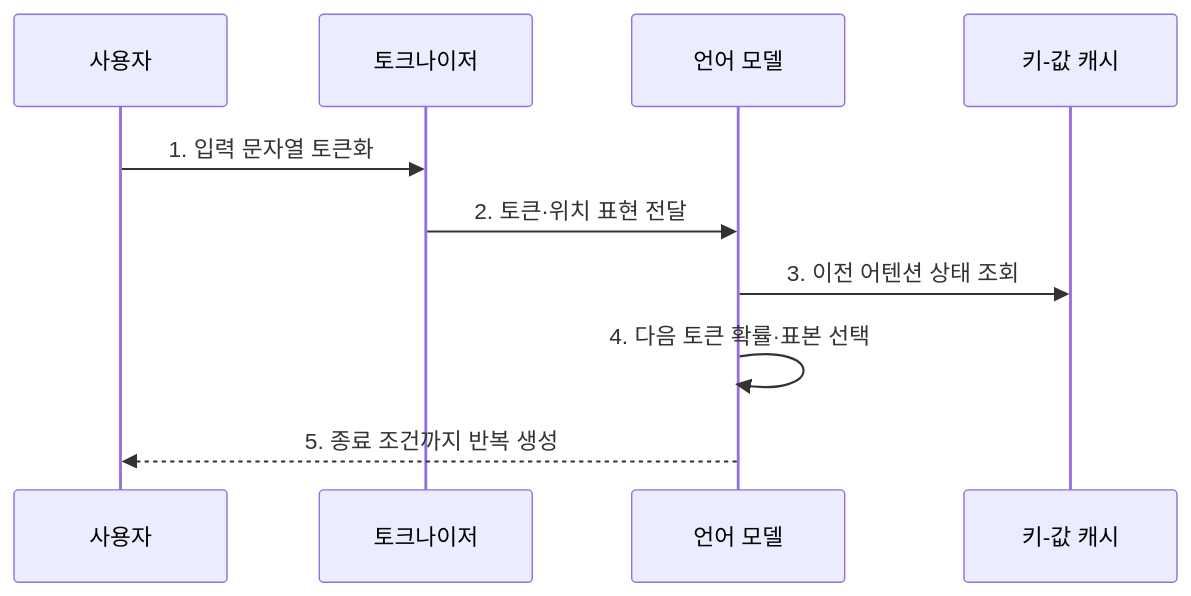
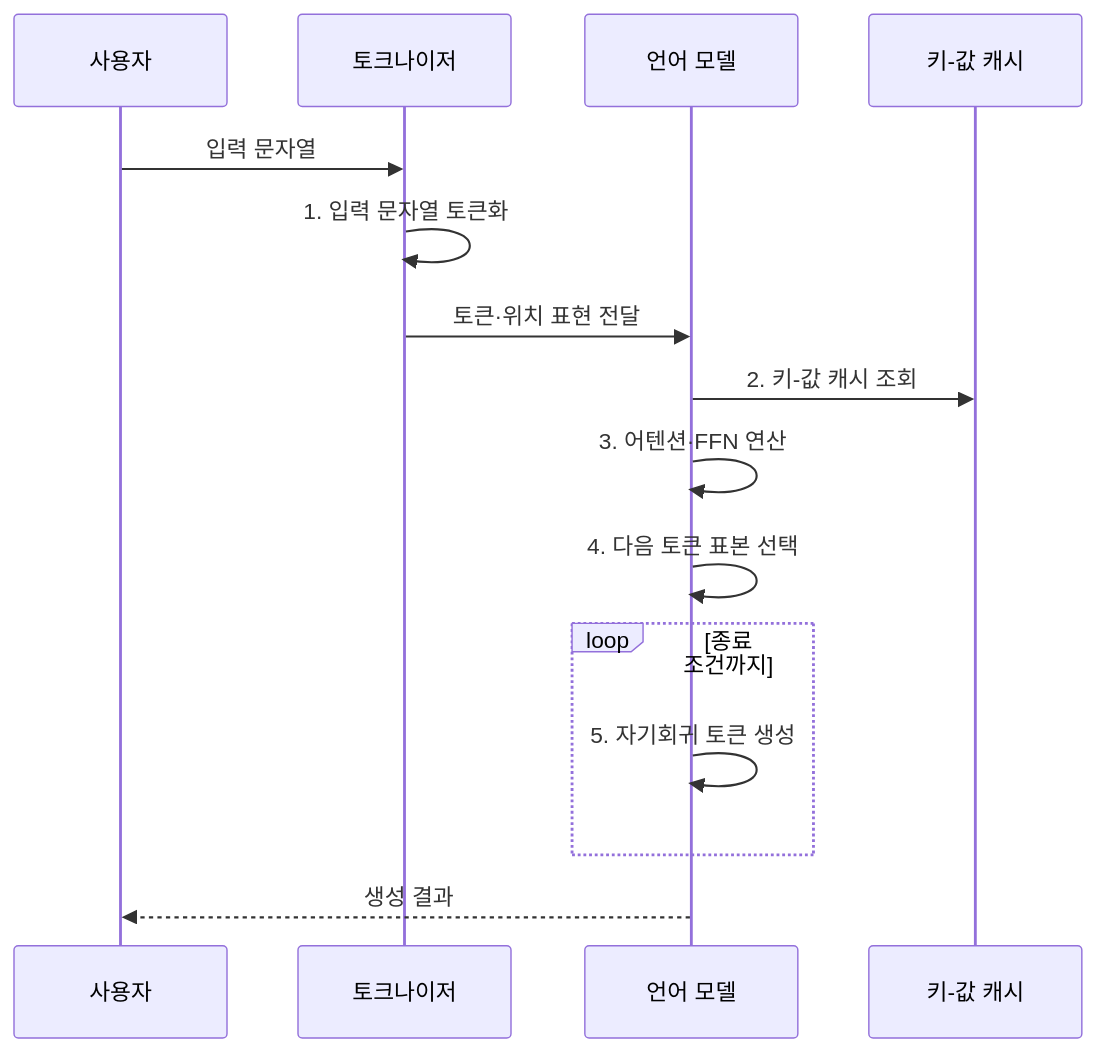
Before and after one commit to agnusdei1207/knowledge-base: the second of 2 diagrams in src/content/docs/notes/08-latest-tech/024_large_language_model.md, drawn with Mermaid. The commit also changed other lines of this file and 225 other files, not shown here.

````diff
--- a/src/content/docs/notes/08-latest-tech/024_large_language_model.md
+++ b/src/content/docs/notes/08-latest-tech/024_large_language_model.md
@@ -77,12 +77,17 @@
 ```mermaid
 sequenceDiagram
     participant U as 사용자
     participant T as 토크나이저
     participant M as 언어 모델
     participant K as 키-값 캐시
-    U->>T: 1. 입력 문자열 토큰화
-    T->>M: 2. 토큰·위치 표현 전달
-    M->>K: 3. 이전 어텐션 상태 조회
-    M->>M: 4. 다음 토큰 확률·표본 선택
-    M-->>U: 5. 종료 조건까지 반복 생성
+    U->>T: 입력 문자열
+    T->>T: 1. 입력 문자열 토큰화
+    T->>M: 토큰·위치 표현 전달
+    M->>K: 2. 키-값 캐시 조회
+    M->>M: 3. 어텐션·FFN 연산
+    M->>M: 4. 다음 토큰 표본 선택
+    loop 종료 조건까지
+        M->>M: 5. 자기회귀 토큰 생성
+    end
+    M-->>U: 생성 결과
 ```
````
